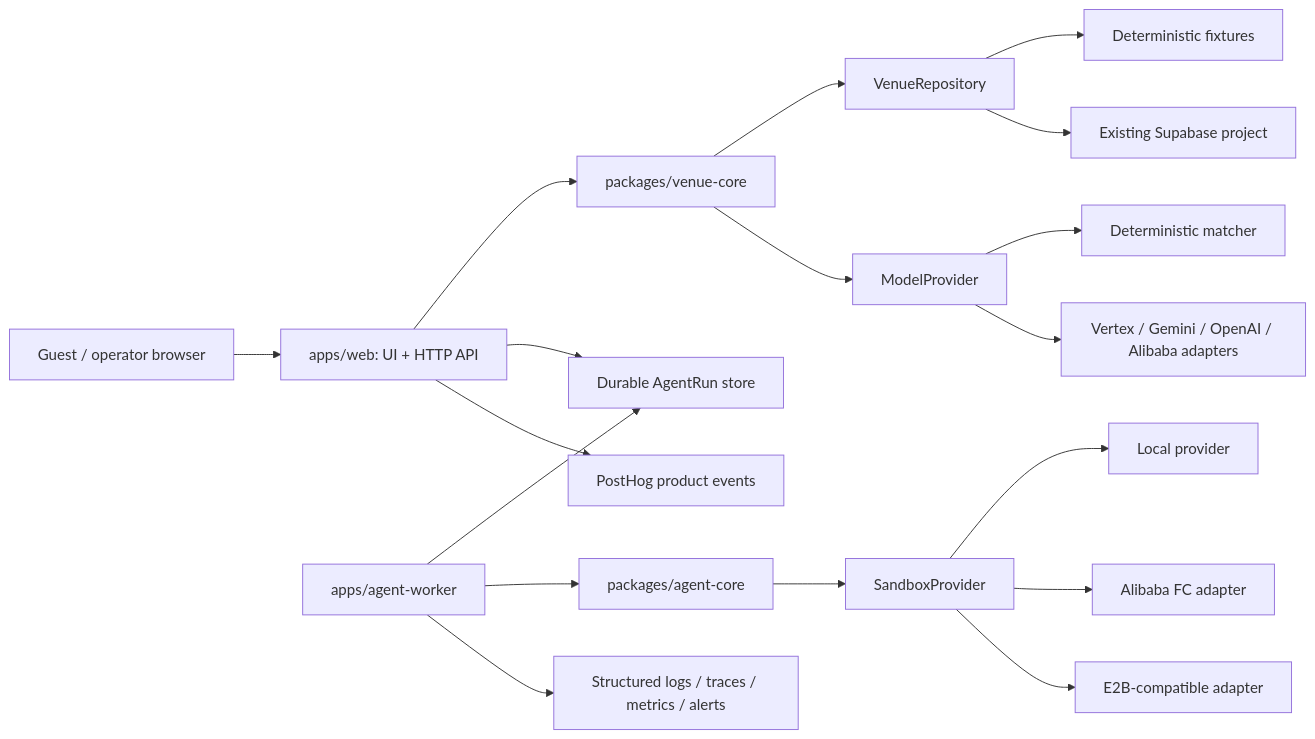
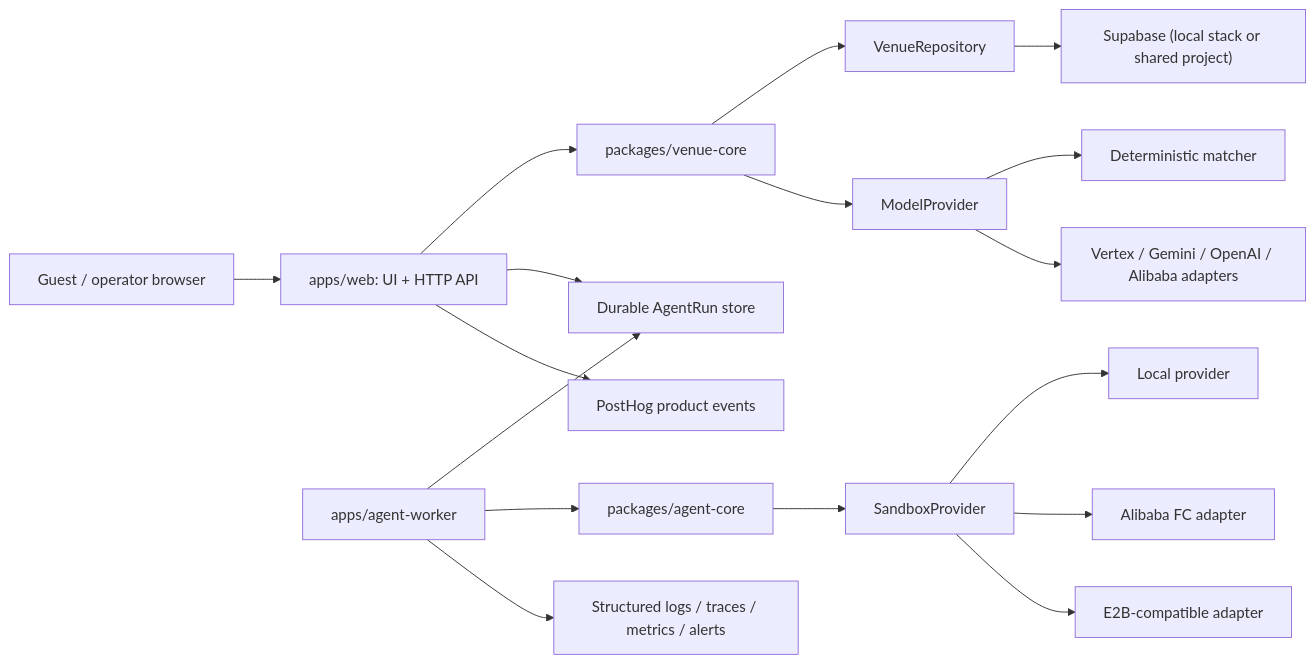
The diagram in docs/architecture/target-architecture.md (daaabing/vibetail-v2), drawn with Mermaid before and after one commit. The commit also changed other lines of this file and 43 other files, not shown here.

First line of the commit message:
feat: unify on local Supabase stack, remove fixture mode

````diff
--- a/docs/architecture/target-architecture.md
+++ b/docs/architecture/target-architecture.md
@@ -11,20 +11,19 @@
 ```mermaid
 flowchart LR
   Browser["Guest / operator browser"] --> Web["apps/web: UI + HTTP API"]
   Web --> Venue["packages/venue-core"]
   Venue --> Repo["VenueRepository"]
-  Repo --> Fixture["Deterministic fixtures"]
-  Repo --> Supabase["Existing Supabase project"]
+  Repo --> Supabase["Supabase (local stack or shared project)"]
   Venue --> Model["ModelProvider"]
   Model --> Deterministic["Deterministic matcher"]
   Model --> RemoteModels["Vertex / Gemini / OpenAI / Alibaba adapters"]
   Web --> RunStore["Durable AgentRun store"]
   Worker["apps/agent-worker"] --> RunStore
   Worker --> Agent["packages/agent-core"]
   Agent --> Sandbox["SandboxProvider"]
   Sandbox --> Local["Local provider"]
   Sandbox --> FC["Alibaba FC adapter"]
   Sandbox --> E2B["E2B-compatible adapter"]
   Web --> Telemetry["PostHog product events"]
   Worker --> Observability["Structured logs / traces / metrics / alerts"]
 ```
````
